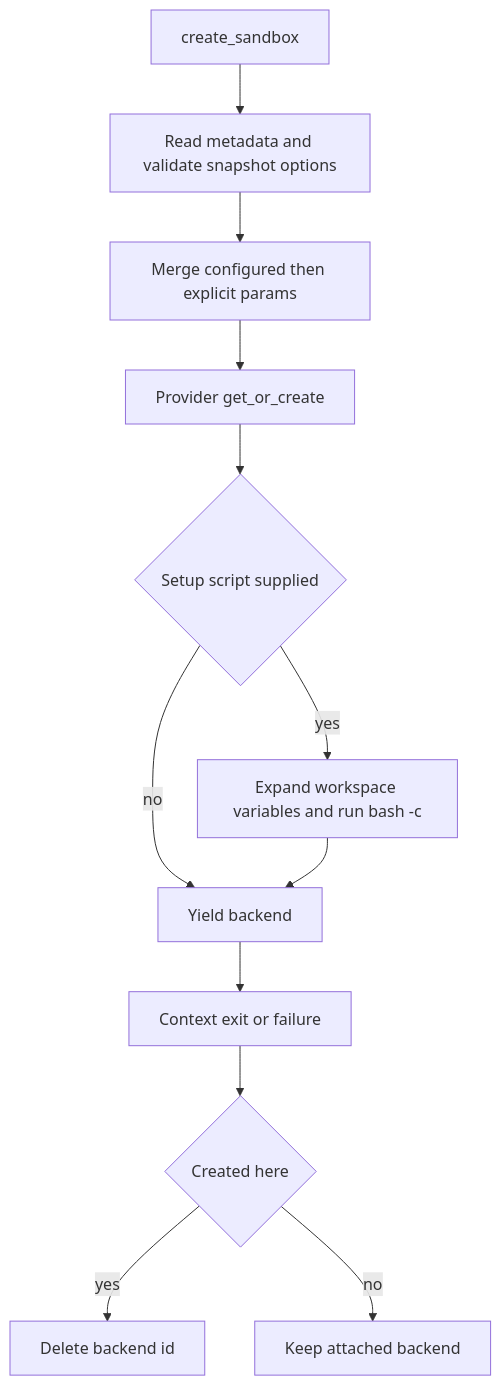
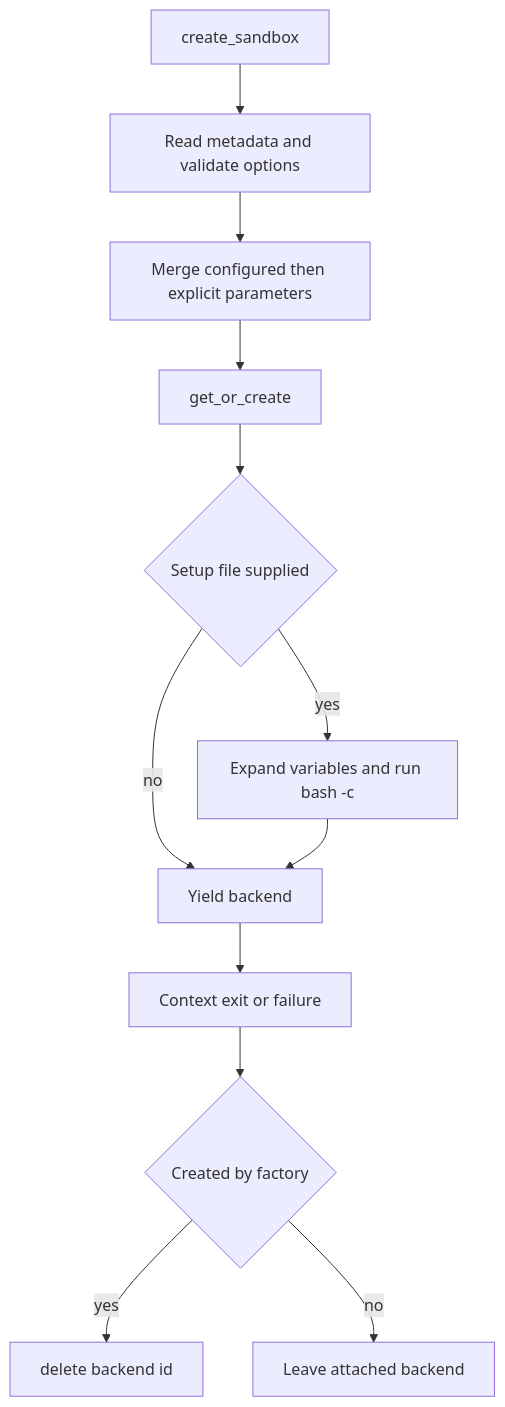
Before and after one commit to langchain-ai/deepagents: the second of 2 diagrams in openwiki/integrations/sandbox-partners.md, drawn with Mermaid. The commit also changed other lines of this file and 69 other files, not shown here.

````diff
--- a/openwiki/integrations/sandbox-partners.md
+++ b/openwiki/integrations/sandbox-partners.md
@@ -122,14 +96,14 @@
 ```mermaid
 flowchart TD
-    Start["create_sandbox"] --> Meta["Read metadata and validate snapshot options"]
-    Meta --> Params["Merge configured then explicit params"]
-    Params --> Acquire["Provider get_or_create"]
-    Acquire --> Setup{"Setup script supplied"}
-    Setup -->|yes| Run["Expand workspace variables and run bash -c"]
+    Start["create_sandbox"] --> Validate["Read metadata and validate options"]
+    Validate --> Merge["Merge configured then explicit parameters"]
+    Merge --> Acquire["get_or_create"]
+    Acquire --> Setup{"Setup file supplied"}
+    Setup -->|yes| Run["Expand variables and run bash -c"]
     Setup -->|no| Yield["Yield backend"]
     Run --> Yield
     Yield --> Exit["Context exit or failure"]
-    Exit --> Owned{"Created here"}
-    Owned -->|yes| Delete["Delete backend id"]
-    Owned -->|no| Keep["Keep attached backend"]
+    Exit --> Owned{"Created by factory"}
+    Owned -->|yes| Delete["delete backend id"]
+    Owned -->|no| Retain["Leave attached backend"]
 ```
````
